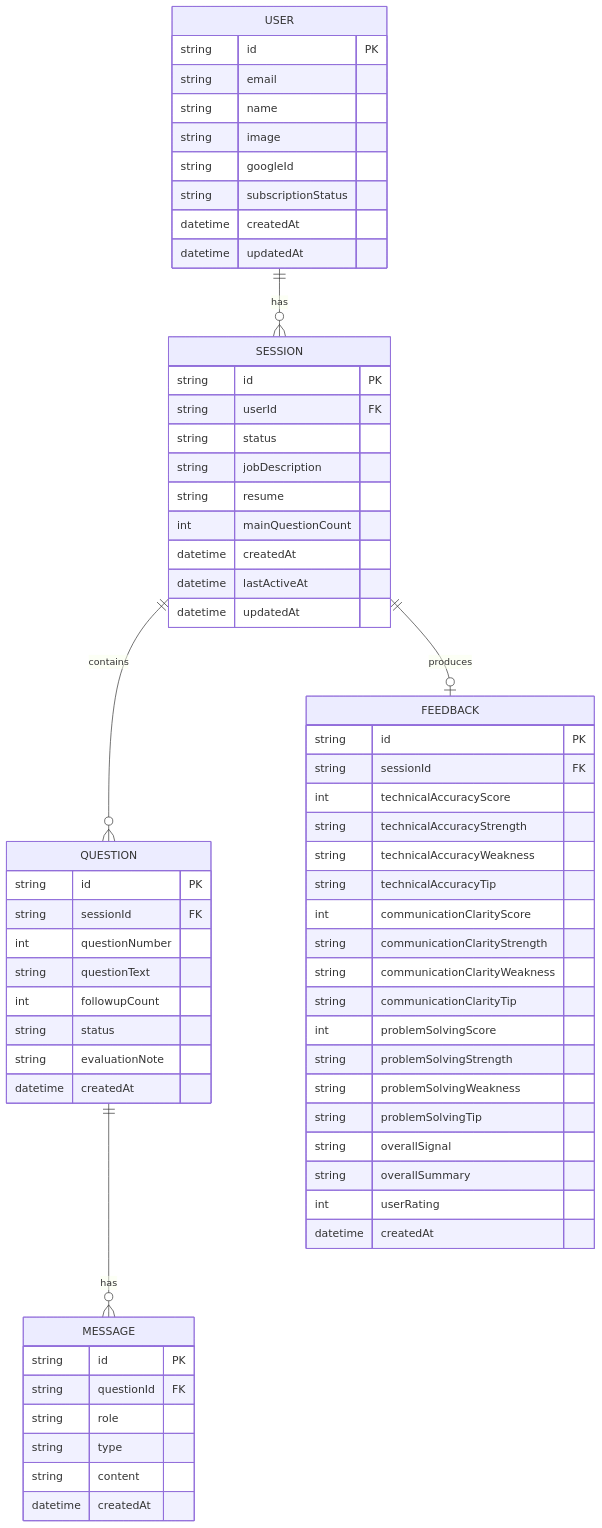
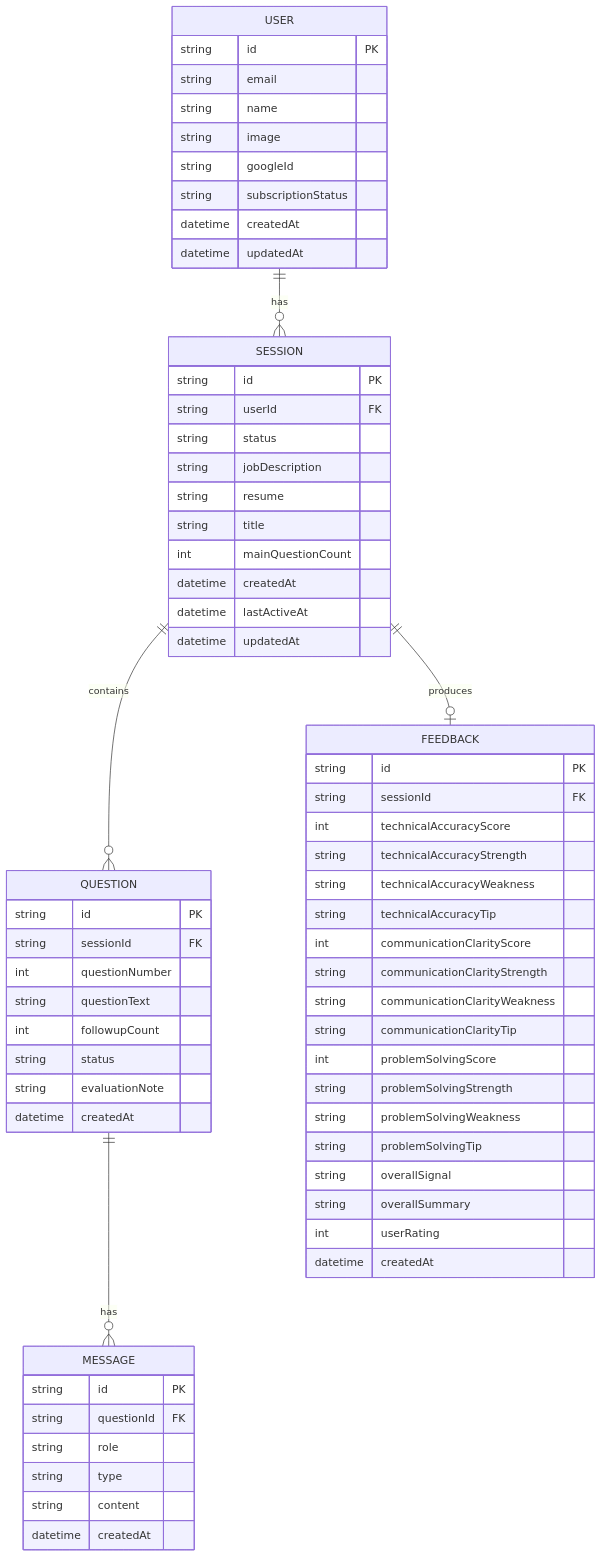
Before and after one commit to Taninwat-55/mockmate: the diagram in docs/entity-model.md, drawn with Mermaid. The commit also changed other lines of this file and 3 other files, not shown here.

````diff
--- a/docs/entity-model.md
+++ b/docs/entity-model.md
@@ -13,71 +13,72 @@
 ```mermaid
 erDiagram
     USER {
         string id PK
         string email
         string name
         string image
         string googleId
         string subscriptionStatus
         datetime createdAt
         datetime updatedAt
     }
 
     SESSION {
         string id PK
         string userId FK
         string status
         string jobDescription
         string resume
+        string title
         int mainQuestionCount
         datetime createdAt
         datetime lastActiveAt
         datetime updatedAt
     }
 
     QUESTION {
         string id PK
         string sessionId FK
         int questionNumber
         string questionText
         int followupCount
         string status
         string evaluationNote
         datetime createdAt
     }
 
     MESSAGE {
         string id PK
         string questionId FK
         string role
         string type
         string content
         datetime createdAt
     }
 
     FEEDBACK {
         string id PK
         string sessionId FK
         int technicalAccuracyScore
         string technicalAccuracyStrength
         string technicalAccuracyWeakness
         string technicalAccuracyTip
         int communicationClarityScore
         string communicationClarityStrength
         string communicationClarityWeakness
         string communicationClarityTip
         int problemSolvingScore
         string problemSolvingStrength
         string problemSolvingWeakness
         string problemSolvingTip
         string overallSignal
         string overallSummary
         int userRating
         datetime createdAt
     }
 
     USER ||--o{ SESSION : "has"
     SESSION ||--o{ QUESTION : "contains"
     QUESTION ||--o{ MESSAGE : "has"
     SESSION ||--o| FEEDBACK : "produces"
 ```
````
